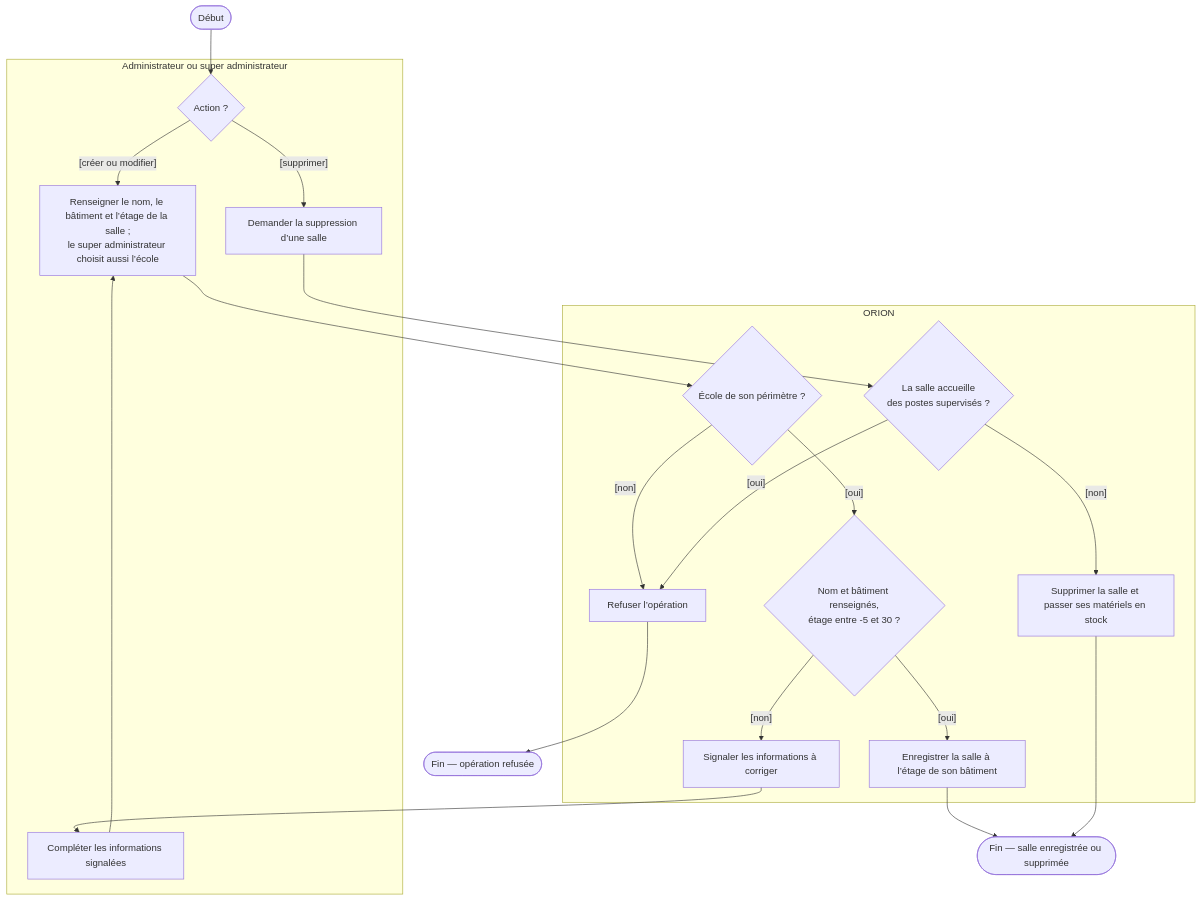
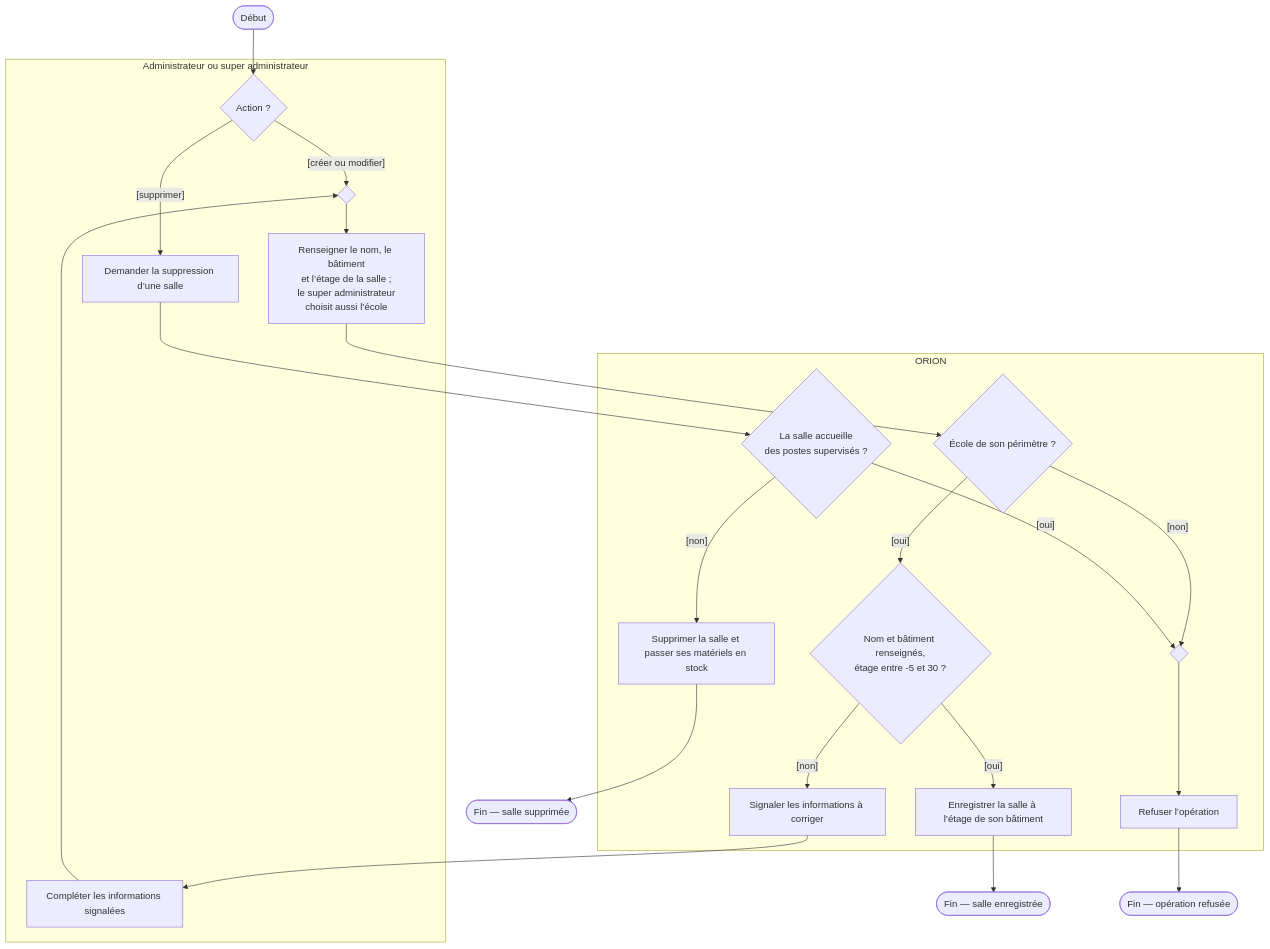
One commit to bpierrelouis/aster changed diagram 15 of 19 in docs/02-ANALYSE/02-CAPTURE-DES-BESOINS/08-DIAGRAMMES-ACTIVITE-CAS-UTILISATION.md. Above: the diagram before and after it, drawn with Mermaid. The commit also changed other lines of this file and 34 other files, not shown here.

First line of the commit message:
docs(diagrammes): aligner les diagrammes UML sur le code et les remettre en page

````diff
--- a/docs/02-ANALYSE/02-CAPTURE-DES-BESOINS/08-DIAGRAMMES-ACTIVITE-CAS-UTILISATION.md
+++ b/docs/02-ANALYSE/02-CAPTURE-DES-BESOINS/08-DIAGRAMMES-ACTIVITE-CAS-UTILISATION.md
@@ -482,33 +509,36 @@
 ```mermaid
 flowchart TD
     debut(["Début"])
-    fin(["Fin — salle enregistrée ou supprimée"])
+    fin(["Fin — salle enregistrée"])
+    finSuppression(["Fin — salle supprimée"])
     finRefus(["Fin — opération refusée"])
 
     subgraph ACTEUR["Administrateur ou super administrateur"]
         action{"Action ?"}
-        saisie["Renseigner le nom, le bâtiment et l’étage de la salle ;<br/>le super administrateur choisit aussi l’école"]
+        fusionSaisie{" "}
+        saisie["Renseigner le nom, le bâtiment<br/>et l’étage de la salle ;<br/>le super administrateur<br/>choisit aussi l’école"]
         supprimer["Demander la suppression d’une salle"]
         correction["Compléter les informations signalées"]
     end
 
     subgraph SYSTEME["ORION"]
         controleEcole{"École de son périmètre ?"}
         controleNom{"Nom et bâtiment renseignés,<br/>étage entre -5 et 30 ?"}
         signaler["Signaler les informations à corriger"]
         enregistrer["Enregistrer la salle à l’étage de son bâtiment"]
         postes{"La salle accueille<br/>des postes supervisés ?"}
+        fusionRefuser{" "}
         refuser["Refuser l’opération"]
         stock["Supprimer la salle et passer ses matériels en stock"]
     end
 
     debut --> action
-    action -->|"[créer ou modifier]"| saisie --> controleEcole
-    controleEcole -->|"[non]"| refuser --> finRefus
+    action -->|"[créer ou modifier]"| fusionSaisie --> saisie --> controleEcole
+    controleEcole -->|"[non]"| fusionRefuser --> refuser --> finRefus
     controleEcole -->|"[oui]"| controleNom
-    controleNom -->|"[non]"| signaler --> correction --> saisie
+    controleNom -->|"[non]"| signaler --> correction --> fusionSaisie
     controleNom -->|"[oui]"| enregistrer --> fin
     action -->|"[supprimer]"| supprimer --> postes
-    postes -->|"[oui]"| refuser
-    postes -->|"[non]"| stock --> fin
+    postes -->|"[oui]"| fusionRefuser
+    postes -->|"[non]"| stock --> finSuppression
 ```
````
